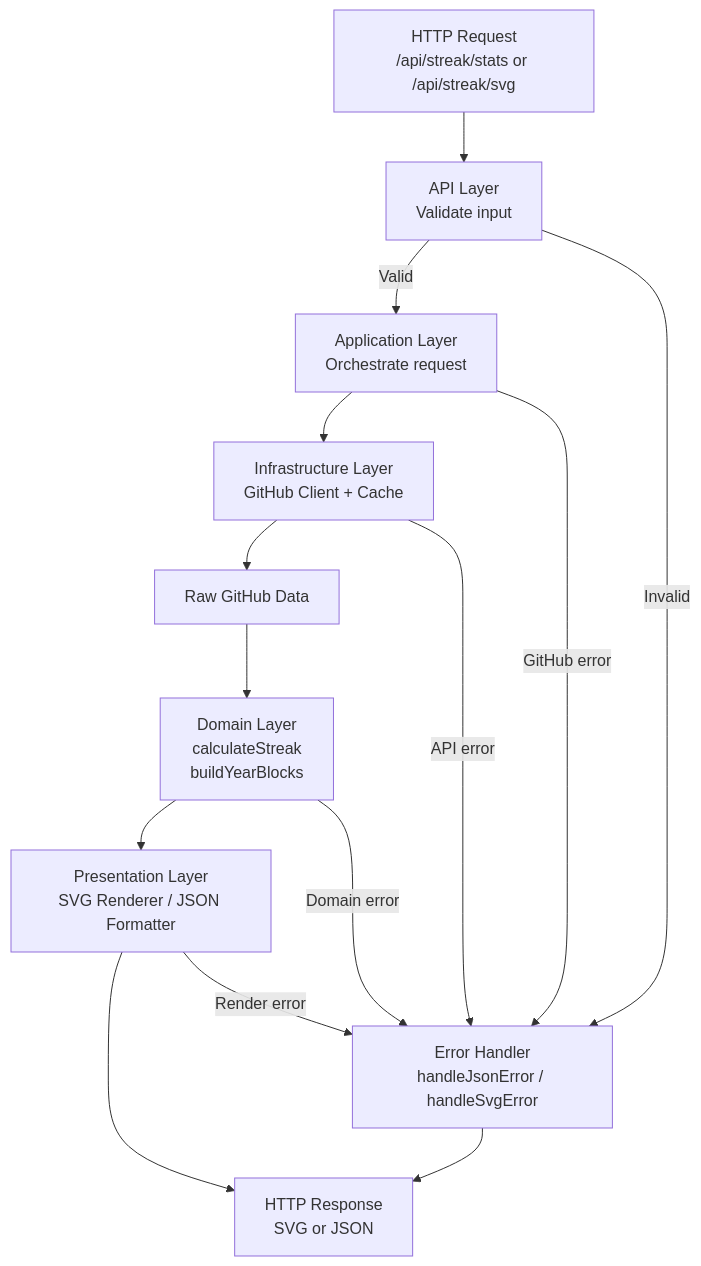
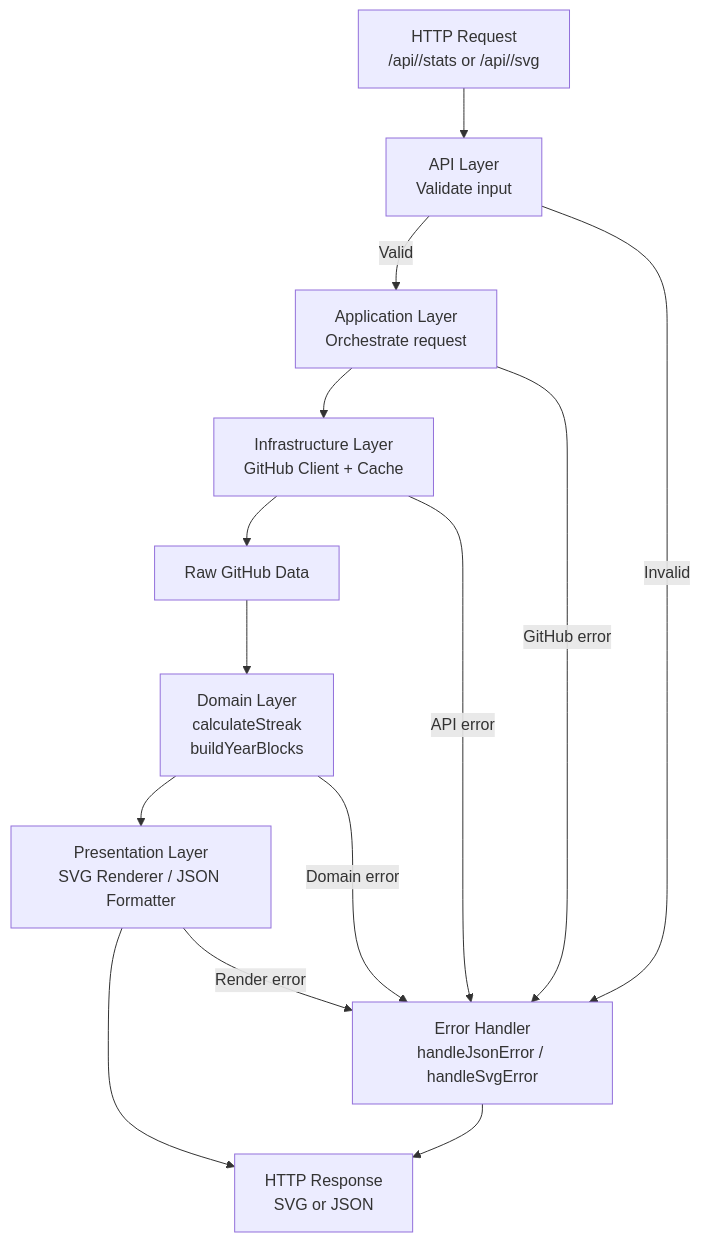
The second of 2 diagrams in docs/architecture.md (FlavioKde/github-streak-stats-api), drawn with Mermaid before and after one commit. The commit also changed other lines of this file, not shown here.

Commit message:
docs(architecture): document new modular architecture for all domains

````diff
--- a/docs/architecture.md
+++ b/docs/architecture.md
@@ -261,33 +342,33 @@
 ```mermaid
 
 flowchart TD
 
     %% Entrada
-    A["HTTP Request<br/>/api/streak/stats or /api/streak/svg"] --> B["API Layer<br/>Validate input"]
+    A["HTTP Request<br/>/api/<module>/stats or /api/<module>/svg"] --> B["API Layer<br/>Validate input"]
 
     %% Validación
     B -->|Valid| C["Application Layer<br/>Orchestrate request"]
     B -->|Invalid| Z["Error Handler<br/>handleJsonError / handleSvgError"]
 
     %% GitHub
     C --> D["Infrastructure Layer<br/>GitHub Client + Cache"]
     D --> E["Raw GitHub Data"]
 
     %% Dominio
     E --> F["Domain Layer<br/>calculateStreak<br/>buildYearBlocks"]
 
     %% Presentación
     F --> G["Presentation Layer<br/>SVG Renderer / JSON Formatter"]
 
     %% Salida
     G --> H["HTTP Response<br/>SVG or JSON"]
 
     %% Error flow
     C -->|GitHub error| Z
     D -->|API error| Z
     F -->|Domain error| Z
     G -->|Render error| Z
 
     Z --> H
 
 ```
````
